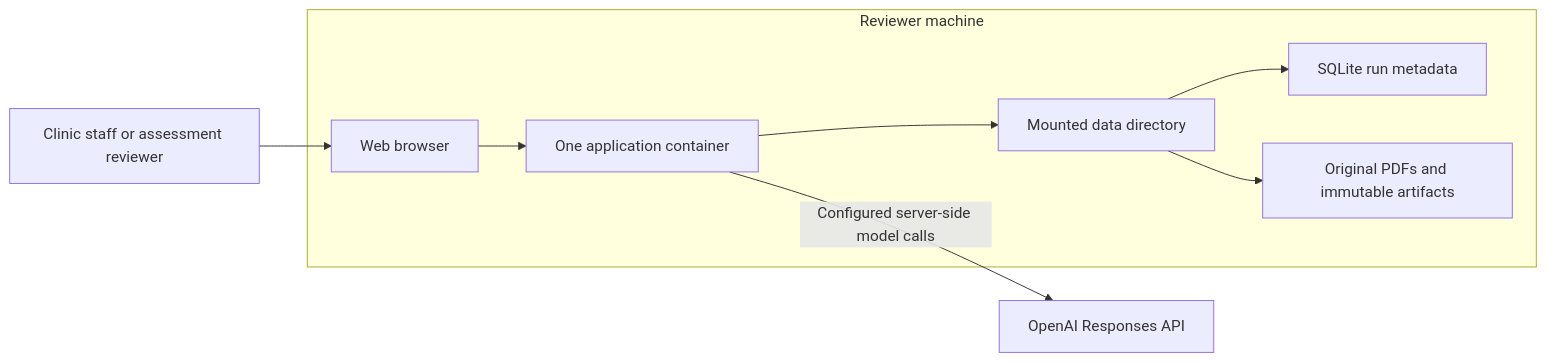
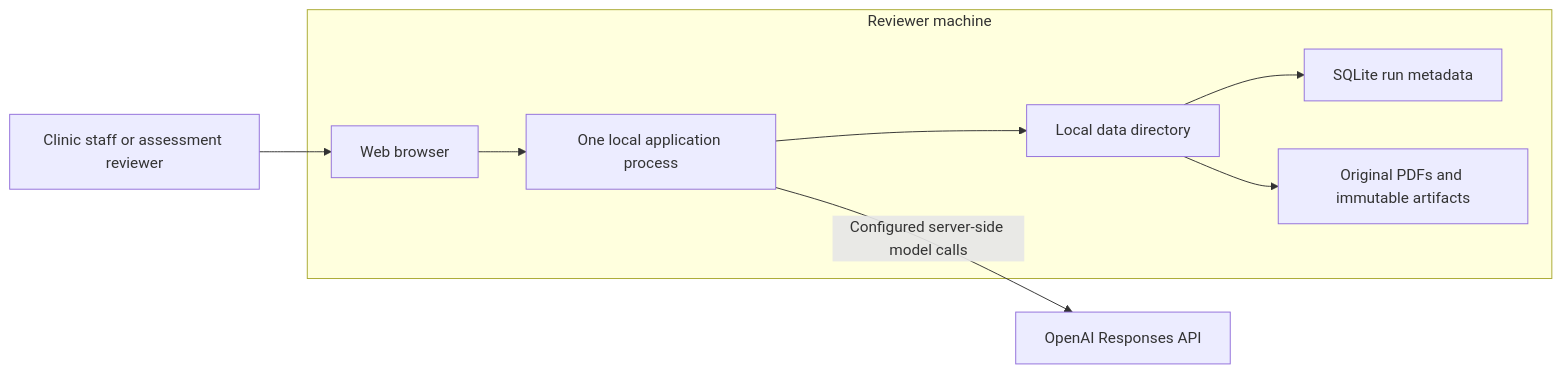
One commit to alexeynesteruk/aira changed the first of 4 diagrams in docs/architecture.md. Above: the diagram before and after it, drawn with Mermaid. The commit also changed other lines of this file and 94 other files, not shown here.

First line of the commit message:
Replace container delivery with a local launch and record long-document preparation.

````diff
--- a/docs/architecture.md
+++ b/docs/architecture.md
@@ -29,12 +31,12 @@
 ```mermaid
 flowchart LR
     Staff[Clinic staff or assessment reviewer] --> Browser[Web browser]
     subgraph Local[Reviewer machine]
-        Browser --> App[One application container]
-        App --> Volume[Mounted data directory]
-        Volume --> DB[SQLite run metadata]
-        Volume --> Files[Original PDFs and immutable artifacts]
+        Browser --> App[One local application process]
+        App --> Data[Local data directory]
+        Data --> DB[SQLite run metadata]
+        Data --> Files[Original PDFs and immutable artifacts]
     end
     OpenAI[OpenAI Responses API]
     App -->|Configured server-side model calls| OpenAI
 ```
````
